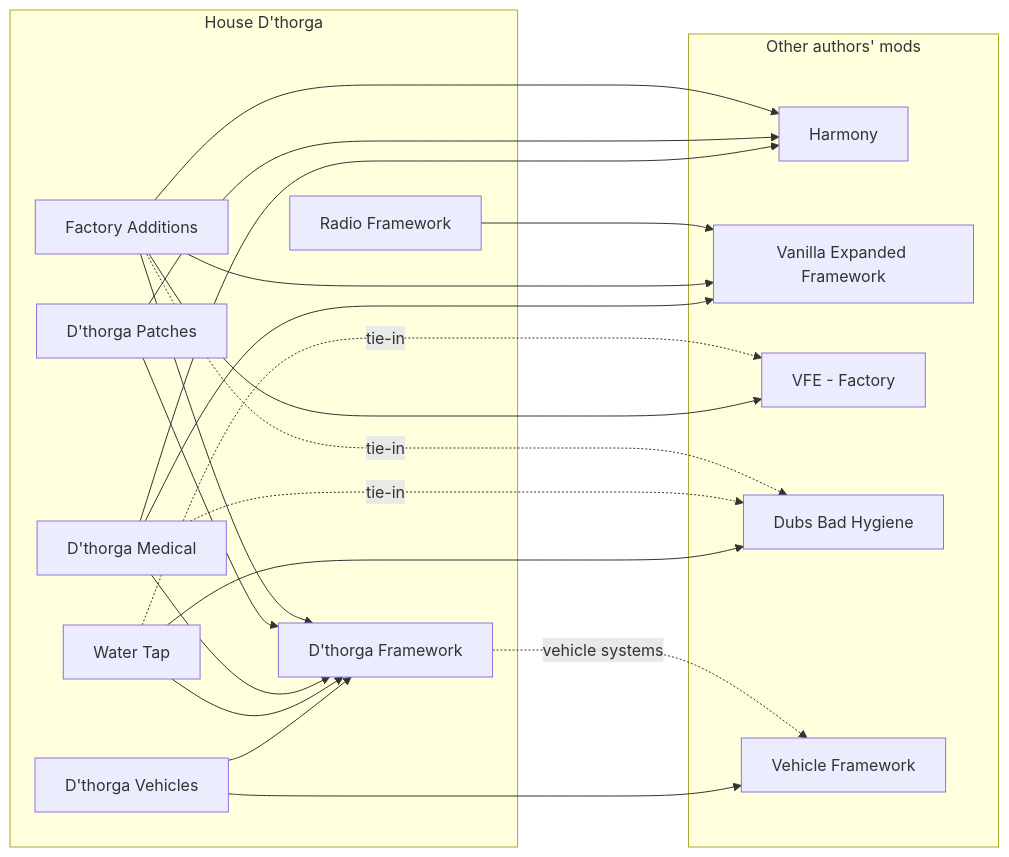
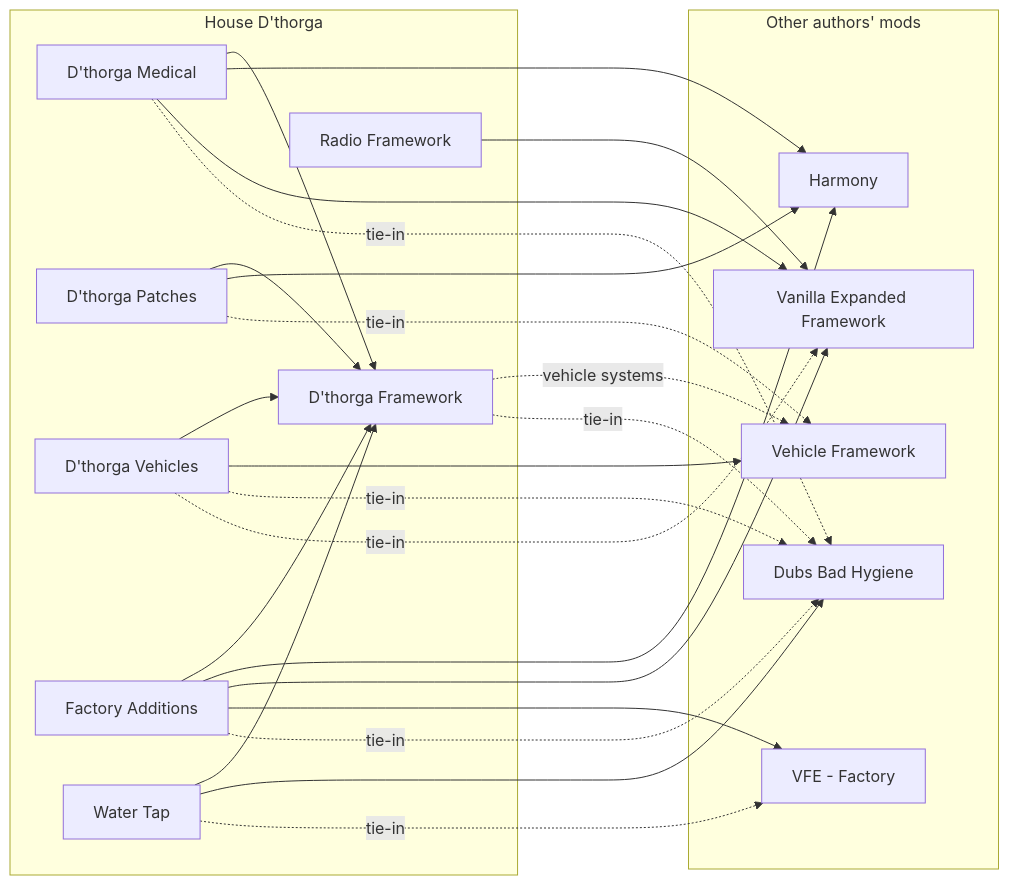
Before and after one commit to phobos-dthorga/phobos-rimworld: the diagram in README.md, drawn with Mermaid. The commit also changed other lines of this file and 41 other files, not shown here.

````diff
--- a/README.md
+++ b/README.md
@@ -41,37 +43,41 @@
 ```mermaid
 flowchart LR
     subgraph ours["House D'thorga"]
         Framework["D'thorga Framework"]
         Medical["D'thorga Medical"]
         Patches["D'thorga Patches"]
         Vehicles["D'thorga Vehicles"]
         Factory["Factory Additions"]
         Tap["Water Tap"]
         Radio["Radio Framework"]
     end
     subgraph theirs["Other authors' mods"]
         Harmony["Harmony"]
         VEF["Vanilla Expanded Framework"]
         VFEF["VFE - Factory"]
         DBH["Dubs Bad Hygiene"]
         VF["Vehicle Framework"]
     end
     Vehicles --> Framework
     Vehicles --> VF
     Framework -. "vehicle systems" .-> VF
     Tap --> Framework
     Medical --> Framework
     Patches --> Framework
     Factory --> Framework
     Medical --> Harmony
     Patches --> Harmony
     Factory --> Harmony
     Medical --> VEF
     Factory --> VEF
     Radio --> VEF
     Factory --> VFEF
     Tap --> DBH
+    Framework -. "tie-in" .-> DBH
+    Vehicles -. "tie-in" .-> DBH
     Medical -. "tie-in" .-> DBH
     Factory -. "tie-in" .-> DBH
+    Vehicles -. "tie-in" .-> VEF
+    Patches -. "tie-in" .-> VF
     Tap -. "tie-in" .-> VFEF
 ```
````
